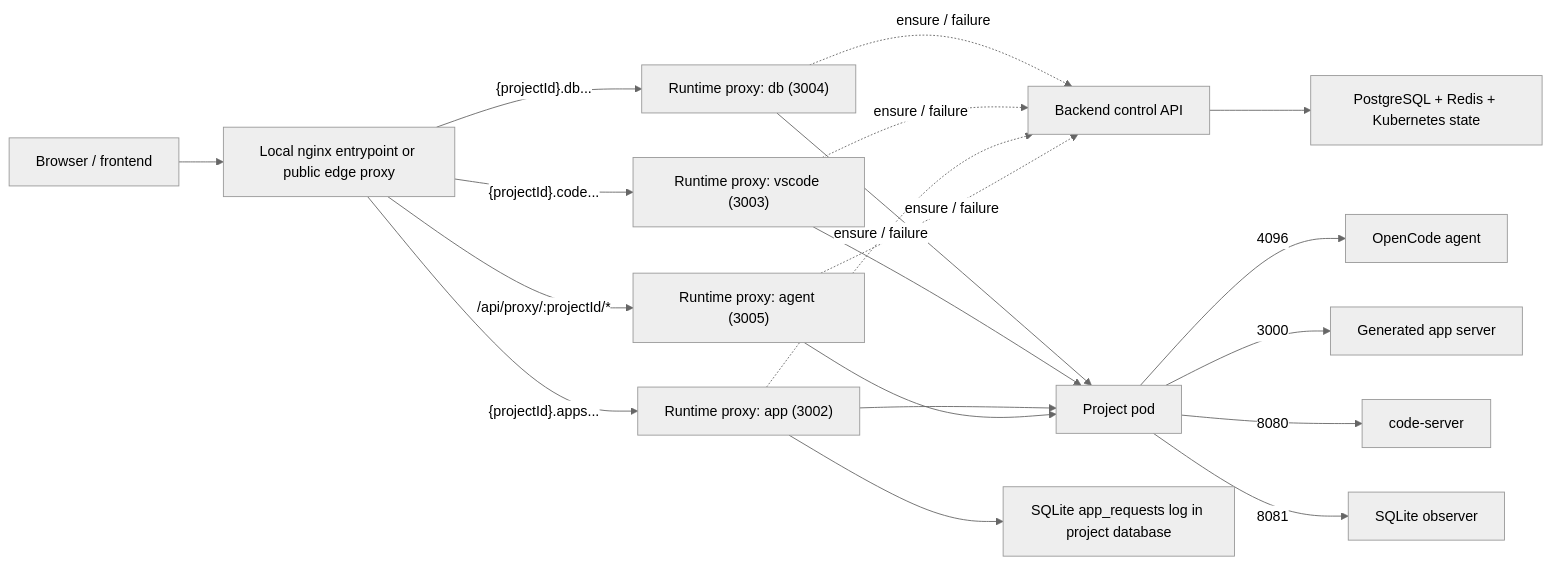
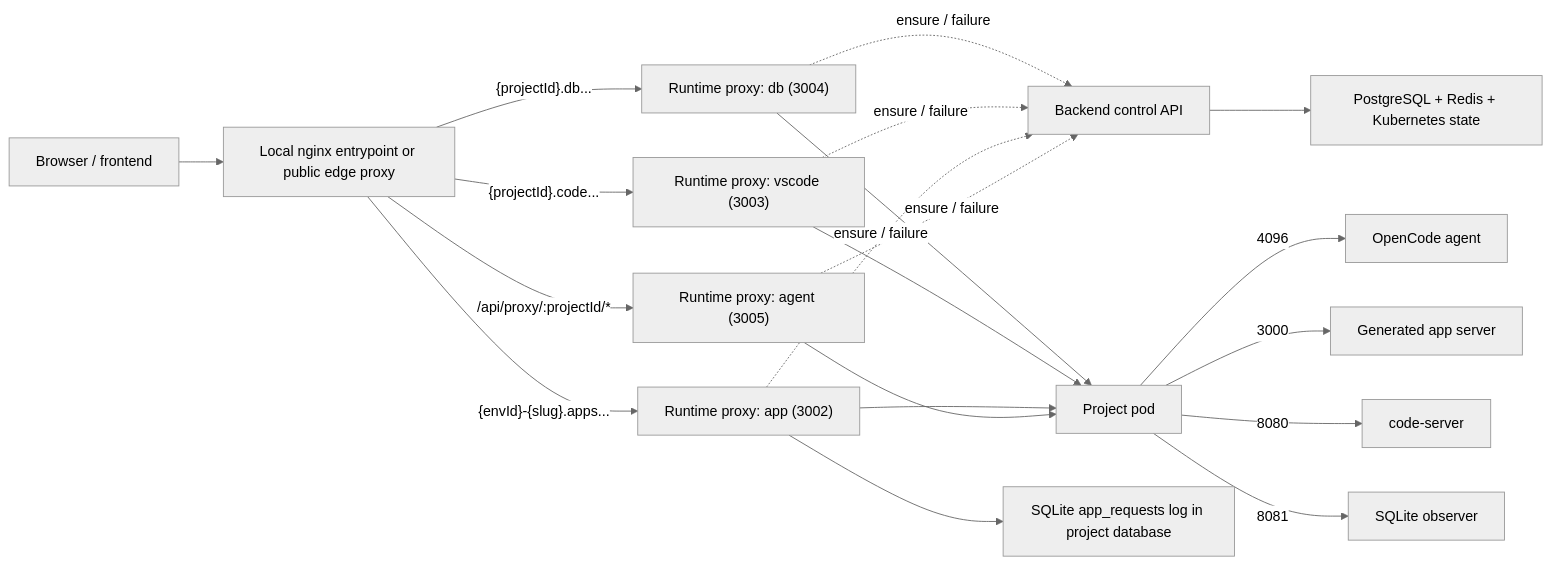
One commit to bilbilmyc/opsiforce changed the diagram in docs/request-flows.md. Above: the diagram before and after it, drawn with Mermaid (neutral theme). The commit also changed 11 other files, not shown here.

````diff
--- a/docs/request-flows.md
+++ b/docs/request-flows.md
@@ -9,27 +9,27 @@
 ```mermaid
 flowchart LR
   Browser["Browser / frontend"] --> Edge["Local nginx entrypoint or public edge proxy"]
   Edge -->|"/api/proxy/:projectId/*"| Agent["Runtime proxy: agent (3005)"]
-  Edge -->|"{projectId}.apps..."| App["Runtime proxy: app (3002)"]
+  Edge -->|"{envId}-{slug}.apps..."| App["Runtime proxy: app (3002)"]
   Edge -->|"{projectId}.code..."| VSCode["Runtime proxy: vscode (3003)"]
   Edge -->|"{projectId}.db..."| DB["Runtime proxy: db (3004)"]
 
   Agent -. "ensure / failure" .-> Backend["Backend control API"]
   App -. "ensure / failure" .-> Backend
   VSCode -. "ensure / failure" .-> Backend
   DB -. "ensure / failure" .-> Backend
 
   Backend --> State["PostgreSQL + Redis + Kubernetes state"]
 
   Agent --> Pod["Project pod"]
   App --> Pod
   VSCode --> Pod
   DB --> Pod
 
   Pod -->|4096| OpenCode["OpenCode agent"]
   Pod -->|3000| Webapp["Generated app server"]
   Pod -->|8080| Code["code-server"]
   Pod -->|8081| Datasette["SQLite observer"]
 
   App --> Logs["SQLite app_requests log in project database"]
 ```
````
